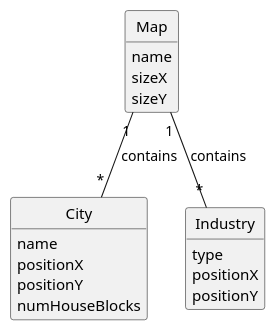
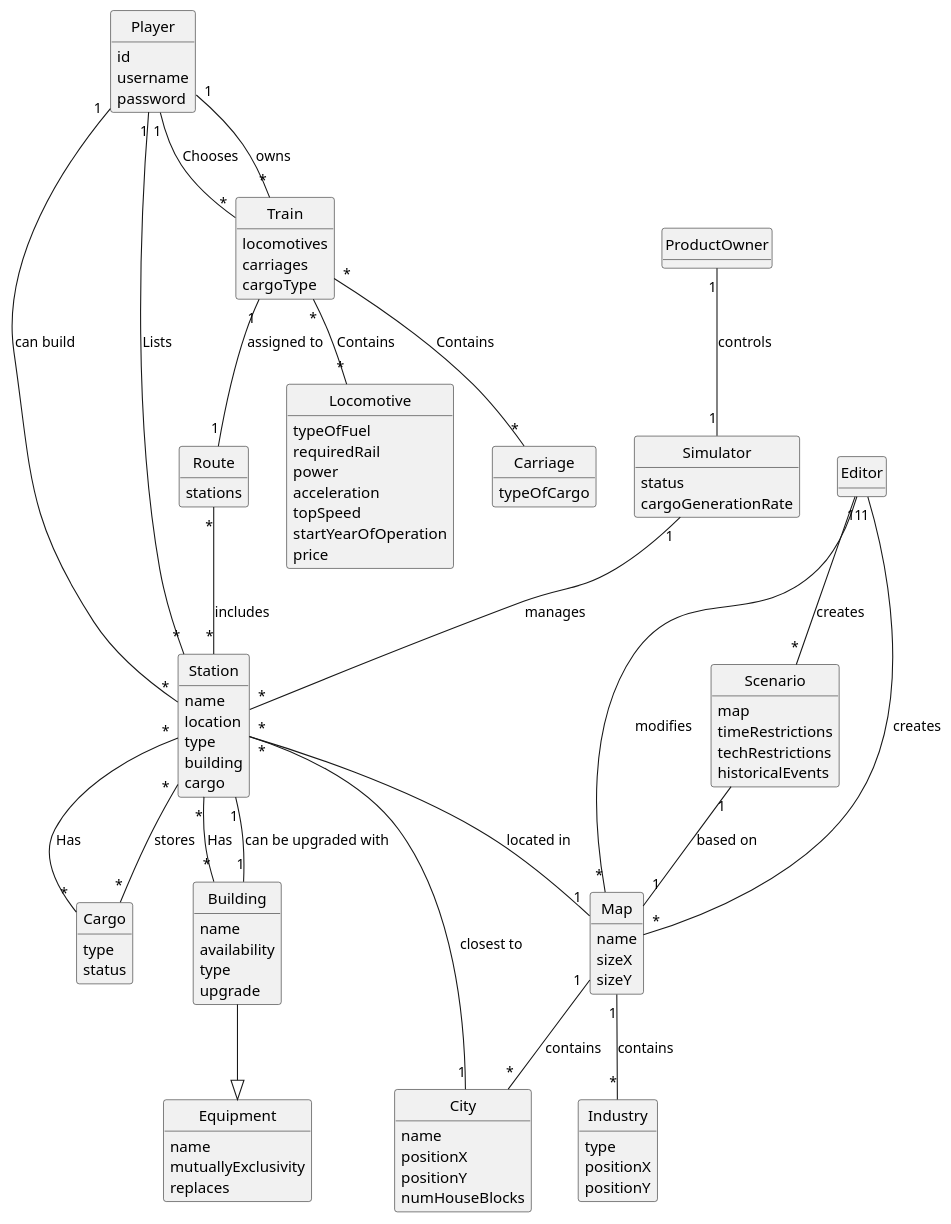
The diagram in docs/system-documentation/global-artifacts/02.analysis/puml/analysis.puml (goncalolopesp/sem2-pi-24.25-g093-repo), drawn with PlantUML before and after one commit. The commit also changed 4 other files, not shown here.

Commit message:
Domain Model Diagram

```diff
--- a/docs/system-documentation/global-artifacts/02.analysis/puml/analysis.puml
+++ b/docs/system-documentation/global-artifacts/02.analysis/puml/analysis.puml
@@ -1,37 +1,134 @@
 @startuml
 skinparam monochrome true
 skinparam packageStyle rectangle
 skinparam shadowing false
 
 'left to right direction
 
 skinparam classAttributeIconSize 0
 
 hide circle
 hide methods
 
 'title Domain Model
 
 class Map {
-    name
-    sizeX
-    sizeY
-  }
+     name
+     sizeX
+     sizeY
+}
 
-  class City {
+class Industry {
+    type
+    positionX
+    positionY
+}
+
+class City {
     name
     positionX
     positionY
     numHouseBlocks
-  }
+}
 
-  class Industry {
+class Scenario {
+    map
+    timeRestrictions
+    techRestrictions
+    historicalEvents
+}
+
+class Station {
+    name
+    location
     type
-    positionX
-    positionY
-  }
+    building
+    cargo
+}
 
-  Map "1"--"*" City : contains
-  Map "1"--"*" Industry : contains
+class Building {
+    name
+    availability
+    type
+    upgrade
 }
+
+class Cargo{
+    type
+    status
+}
+
+class Equipment {
+    name
+    mutuallyExclusivity
+    replaces
+}
+
+class Train{
+    locomotives
+    carriages
+    cargoType
+}
+
+class Route {
+    stations
+}
+
+class Locomotive{
+    typeOfFuel
+    requiredRail
+    power
+    acceleration
+    topSpeed
+    startYearOfOperation
+    price
+}
+
+class Carriage{
+    typeOfCargo
+}
+
+class Simulator {
+    status
+    cargoGenerationRate
+}
+
+class Editor {
+    + createMap(name: String, width: int, height: int)
+}
+
+class ProductOwner {
+}
+
+class Player {
+    id
+    username
+    password
+    + buyTrain(carriage: Carriage, locomotive: Locomotive)
+}
+
+Editor "1" -- "*" Scenario : creates
+Scenario "1" -- "1" Map : based on
+Editor "1"--"*" Map : creates
+Editor "1"--"*" Map : modifies
+Map "1"--"*" Industry : contains
+Map "1"--"*" City : contains
+Station "*" -- "1" Map : located in
+Station "*" -- "1" City : closest to
+Player "1" -- "*" Station : can build
+Building --|> Equipment
+Station "1" -- "1" Building : can be upgraded with
+Player "1"--"*" Station : Lists
+Station "*"--"*" Building : Has
+Station "*"--"*" Cargo : Has
+Player "1"--"*" Train : Chooses
+Train "*"--"*" Locomotive : Contains
+Train "*"--"*" Carriage : Contains
+Player "1" -- "*" Train : owns
+Train "1" -- "1" Route : assigned to
+Route "*" -- "*" Station : includes
+ProductOwner "1" -- "1" Simulator : controls
+Simulator "1" -- "*" Station : manages
+Station "*" -- "*" Cargo : stores
+
 @enduml
```
